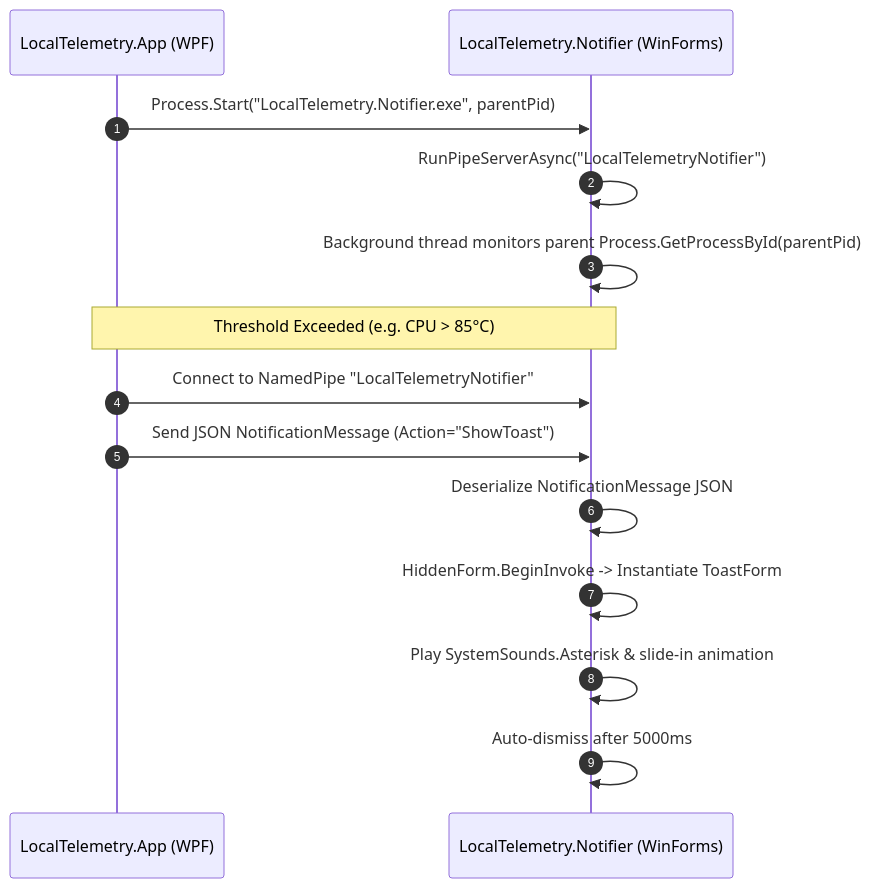
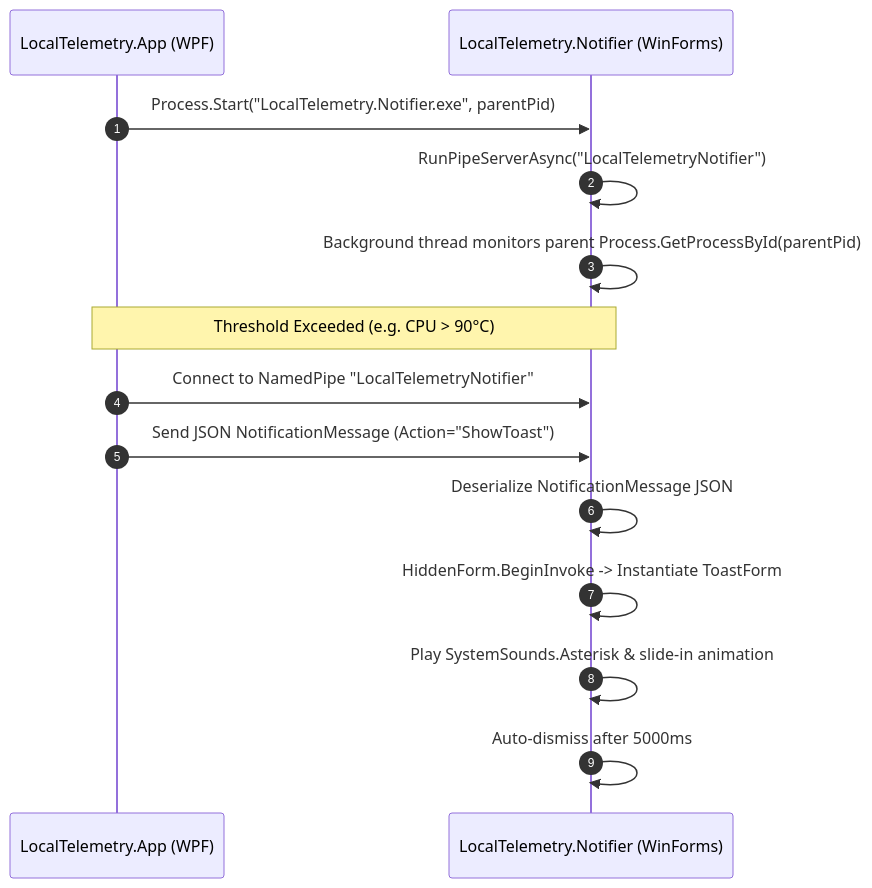
The diagram in docs/developer-guide/notifier-ipc.md (Nicconike/LocalTelemetry), drawn with Mermaid before and after one commit. The commit also changed other lines of this file and 74 other files, not shown here.

````diff
--- a/docs/developer-guide/notifier-ipc.md
+++ b/docs/developer-guide/notifier-ipc.md
@@ -17,18 +17,18 @@
 ```mermaid
 sequenceDiagram
     autonumber
     participant App as LocalTelemetry.App (WPF)
     participant Notifier as LocalTelemetry.Notifier (WinForms)
 
     App->>Notifier: Process.Start("LocalTelemetry.Notifier.exe", parentPid)
     Notifier->>Notifier: RunPipeServerAsync("LocalTelemetryNotifier")
     Notifier->>Notifier: Background thread monitors parent Process.GetProcessById(parentPid)
 
-    Note over App, Notifier: Threshold Exceeded (e.g. CPU > 85°C)
+    Note over App, Notifier: Threshold Exceeded (e.g. CPU > 90°C)
     App->>Notifier: Connect to NamedPipe "LocalTelemetryNotifier"
     App->>Notifier: Send JSON NotificationMessage (Action="ShowToast")
     Notifier->>Notifier: Deserialize NotificationMessage JSON
     Notifier->>Notifier: HiddenForm.BeginInvoke -> Instantiate ToastForm
     Notifier->>Notifier: Play SystemSounds.Asterisk & slide-in animation
     Notifier->>Notifier: Auto-dismiss after 5000ms
 ```
````
